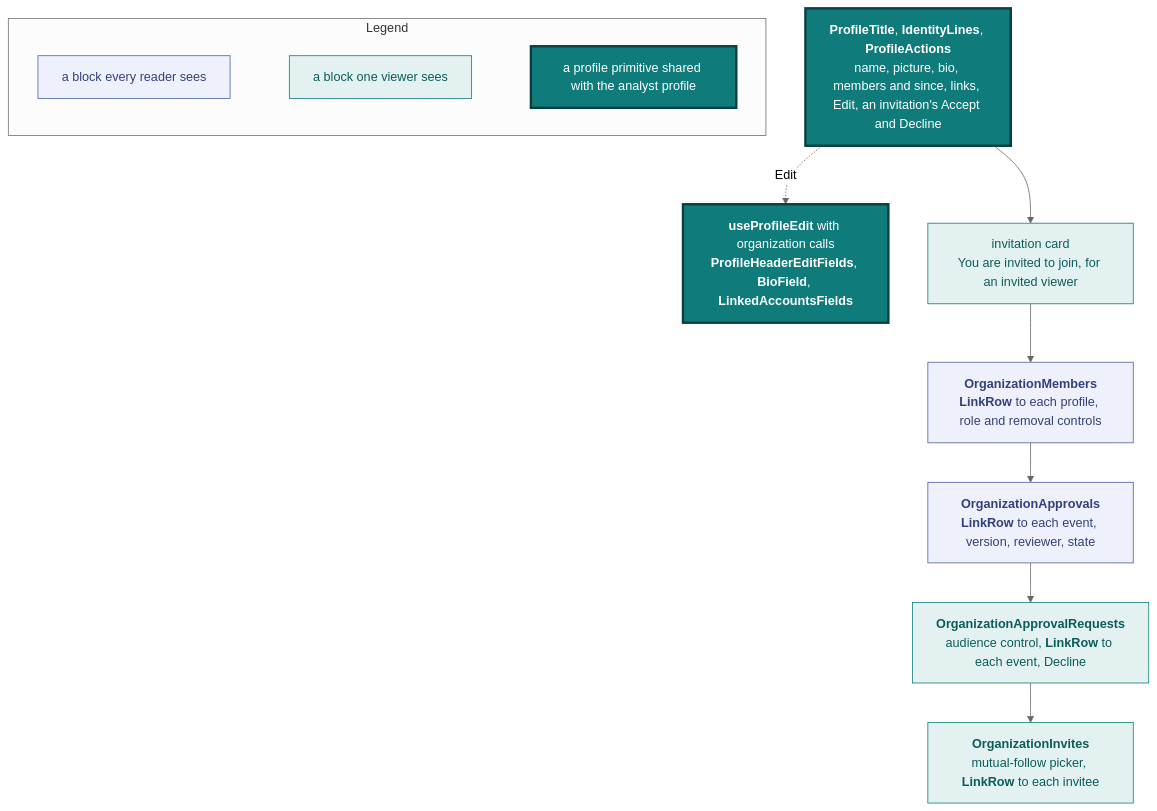
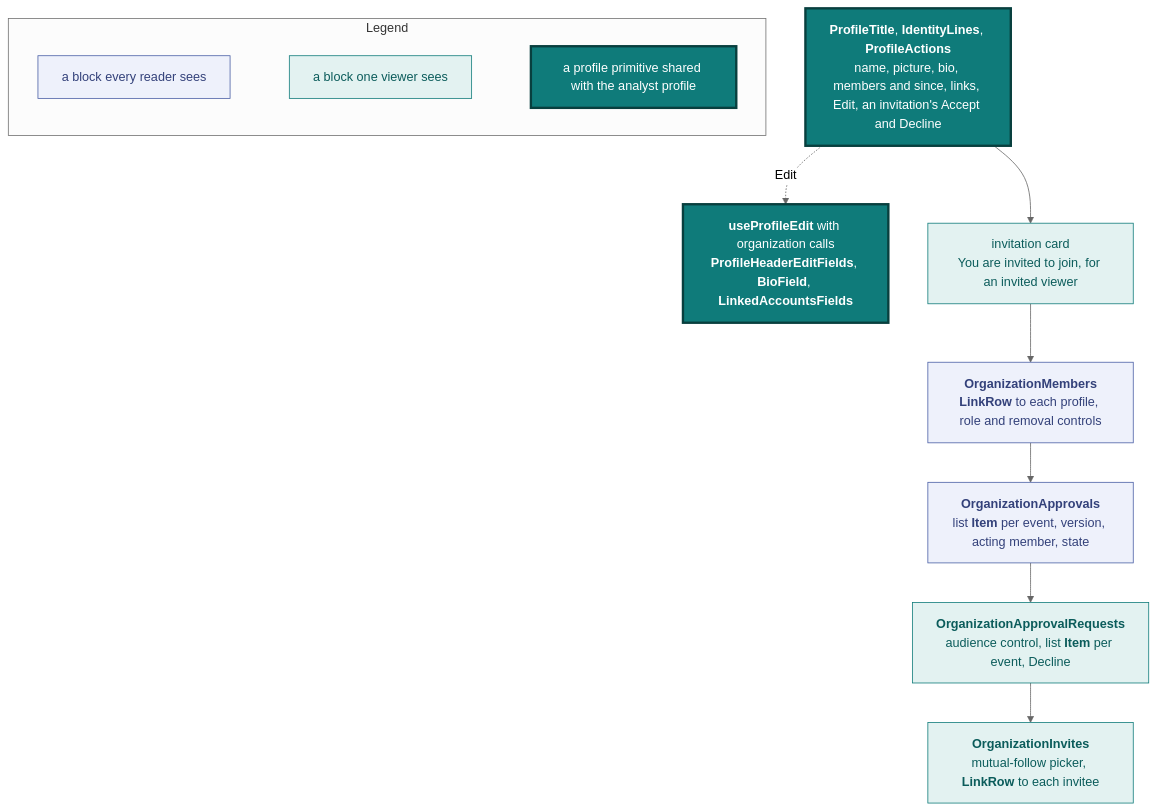
Before and after one commit to vidithq/vidit: diagram 17 of 23 in docs/design.md, drawn with Mermaid (neutral theme). The commit also changed other lines of this file and 227 other files, not shown here.

````diff
--- a/docs/design.md
+++ b/docs/design.md
@@ -1605,32 +1661,32 @@
 ```mermaid
 flowchart TB
   classDef spec fill:#eef1fb,stroke:#4a5fa5,color:#33417a
   classDef shared fill:#e3f2f1,stroke:#0f7b7a,color:#0b5c5b
   classDef core fill:#0f7b7a,stroke:#083f3e,stroke-width:3px,color:#ffffff
 
   subgraph legend [Legend]
     direction LR
     l1["`a block every reader sees`"]:::spec
     l2["`a block one viewer sees`"]:::shared
     l3["`a profile primitive shared with the analyst profile`"]:::core
     l1 ~~~ l2 ~~~ l3
   end
 
   header["`**ProfileTitle**, **IdentityLines**, **ProfileActions**
   name, picture, bio, members and since, links, Edit, an invitation's Accept and Decline`"]:::core
   edit["`**useProfileEdit** with organization calls
   **ProfileHeaderEditFields**, **BioField**, **LinkedAccountsFields**`"]:::core
   answer["`invitation card
   You are invited to join, for an invited viewer`"]:::shared
   members["`**OrganizationMembers**
   **LinkRow** to each profile, role and removal controls`"]:::spec
   approvals["`**OrganizationApprovals**
-  **LinkRow** to each event, version, reviewer, state`"]:::spec
+  list **Item** per event, version, acting member, state`"]:::spec
   requests["`**OrganizationApprovalRequests**
-  audience control, **LinkRow** to each event, Decline`"]:::shared
+  audience control, list **Item** per event, Decline`"]:::shared
   invites["`**OrganizationInvites**
   mutual-follow picker, **LinkRow** to each invitee`"]:::shared
 
   header --> answer --> members --> approvals --> requests --> invites
   header -.->|Edit| edit
 ```
````
